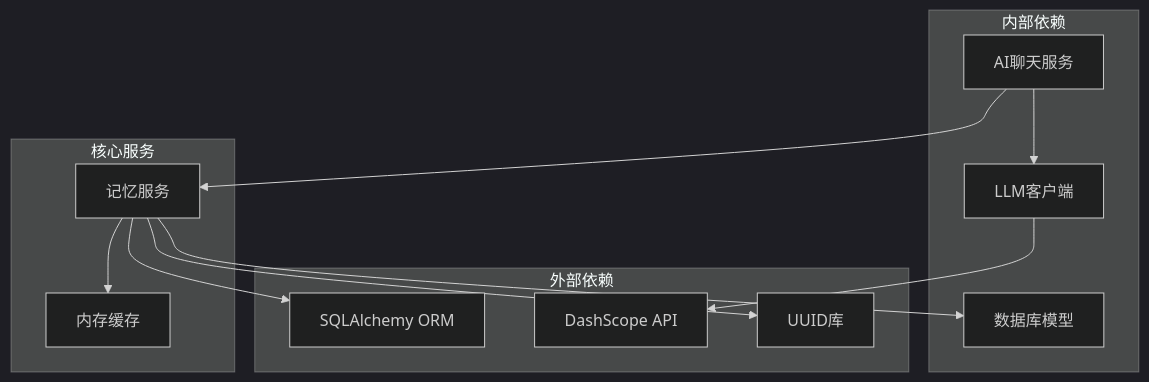
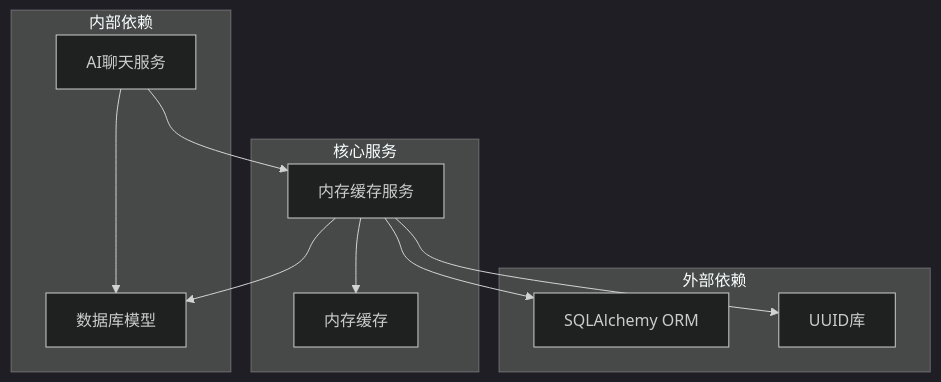
The sixth of 7 diagrams in .qoder/repowiki/zh/content/Memory Service.md (xfbyxq/ai-novel-system), drawn with Mermaid (dark theme) before and after one commit. The commit also changed other lines of this file and 4 other files, not shown here.

````diff
--- a/.qoder/repowiki/zh/content/Memory Service.md
+++ b/.qoder/repowiki/zh/content/Memory Service.md
@@ -274,24 +283,21 @@
 ```mermaid
 graph TB
 subgraph "外部依赖"
 SQLALCHEMY[SQLAlchemy ORM]
-DASHSCOPE[DashScope API]
 UUID[UUID库]
 end
 subgraph "内部依赖"
 AI_CHAT_SERVICE[AI聊天服务]
-LLM_CLIENT[LLM客户端]
 DATABASE_MODELS[数据库模型]
 end
 subgraph "核心服务"
-MEMORY_SERVICE[记忆服务]
+MEMORY_SERVICE[内存缓存服务]
 MEMORY_CACHE[内存缓存]
 end
 AI_CHAT_SERVICE --> MEMORY_SERVICE
 MEMORY_SERVICE --> MEMORY_CACHE
 MEMORY_SERVICE --> DATABASE_MODELS
-LLM_CLIENT --> DASHSCOPE
-AI_CHAT_SERVICE --> LLM_CLIENT
+AI_CHAT_SERVICE --> DATABASE_MODELS
 MEMORY_SERVICE --> UUID
 MEMORY_SERVICE --> SQLALCHEMY
 ```
````
